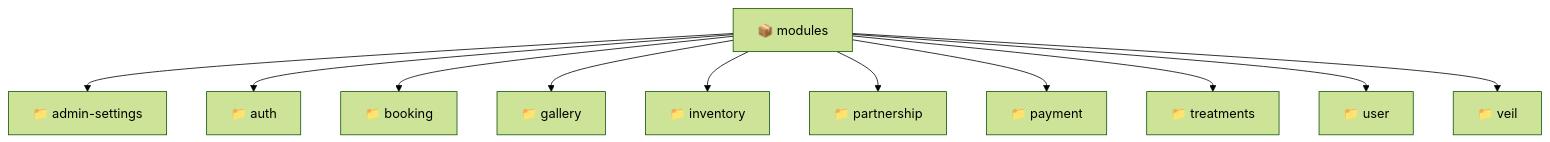
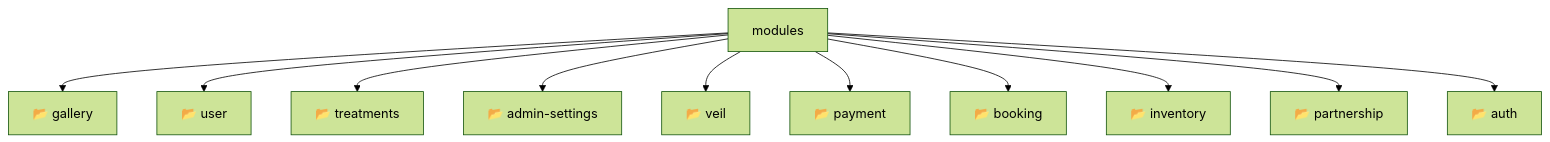
Before and after one commit to beginwebdev2002/fullstack-mavluda: the diagram in backend/src/modules/README.md, drawn with Mermaid (forest theme). The commit also changed other lines of this file and 155 other files, not shown here.

````diff
--- a/backend/src/modules/README.md
+++ b/backend/src/modules/README.md
@@ -10,14 +14,14 @@
 ```mermaid
 graph TD
-  Root["📦 modules"]
-  Root --> adminsettings["📁 admin-settings"]
-  Root --> auth["📁 auth"]
-  Root --> booking["📁 booking"]
-  Root --> gallery["📁 gallery"]
-  Root --> inventory["📁 inventory"]
-  Root --> partnership["📁 partnership"]
-  Root --> payment["📁 payment"]
-  Root --> treatments["📁 treatments"]
-  Root --> user["📁 user"]
-  Root --> veil["📁 veil"]
+    Root[modules]
+    Root --> F0[📂 gallery]
+    Root --> F1[📂 user]
+    Root --> F2[📂 treatments]
+    Root --> F3[📂 admin-settings]
+    Root --> F4[📂 veil]
+    Root --> F5[📂 payment]
+    Root --> F6[📂 booking]
+    Root --> F7[📂 inventory]
+    Root --> F8[📂 partnership]
+    Root --> F9[📂 auth]
 ```
````
